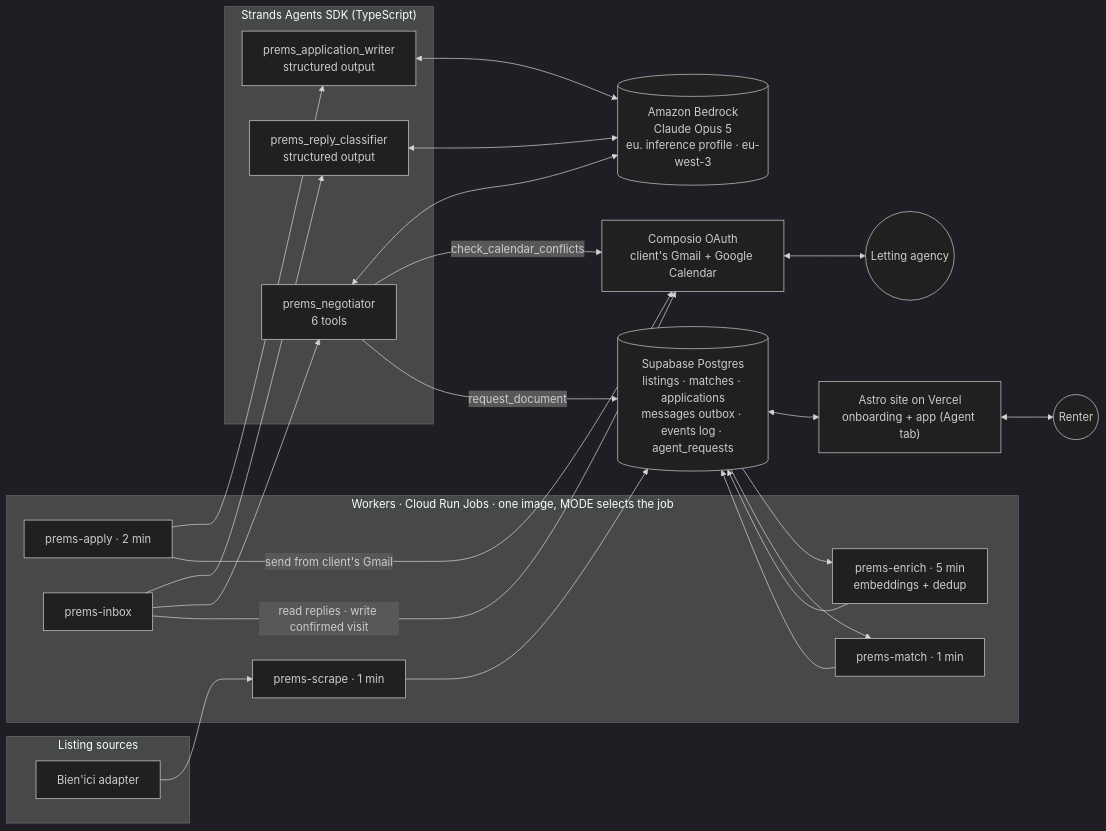
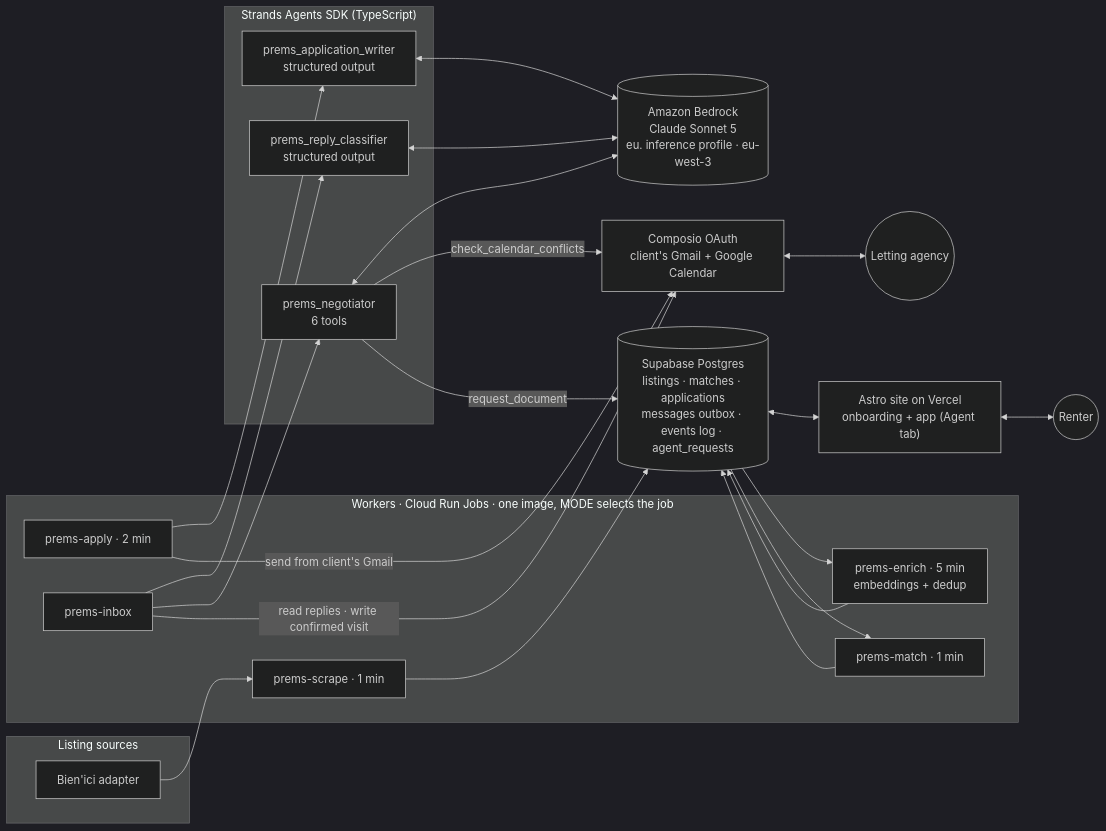
Before and after one commit to chessoren/prems-agent: the diagram in README.md, drawn with Mermaid (dark theme). The commit also changed other lines of this file and 10 other files, not shown here.

Commit message:
Run the agents on Claude Sonnet 5, the Claude model this Bedrock account can enable

````diff
--- a/README.md
+++ b/README.md
@@ -49,41 +49,41 @@
 ```mermaid
 flowchart LR
   subgraph SRC["Listing sources"]
     BI["Bien'ici adapter"]
   end
 
   subgraph RUN["Workers · Cloud Run Jobs · one image, MODE selects the job"]
     SCRAPE["prems-scrape · 1 min"]
     ENRICH["prems-enrich · 5 min<br/>embeddings + dedup"]
     MATCH["prems-match · 1 min"]
     APPLY["prems-apply · 2 min"]
     INBOX["prems-inbox"]
   end
 
   subgraph STRANDS["Strands Agents SDK (TypeScript)"]
     WRITER["prems_application_writer<br/>structured output"]
     CLASSIFIER["prems_reply_classifier<br/>structured output"]
     NEGOTIATOR["prems_negotiator<br/>6 tools"]
   end
 
-  BEDROCK[("Amazon Bedrock<br/>Claude Opus 5<br/>eu. inference profile · eu-west-3")]
+  BEDROCK[("Amazon Bedrock<br/>Claude Sonnet 5<br/>eu. inference profile · eu-west-3")]
   DB[("Supabase Postgres<br/>listings · matches · applications<br/>messages outbox · events log · agent_requests")]
   COMPOSIO["Composio OAuth<br/>client's Gmail + Google Calendar"]
   WEB["Astro site on Vercel<br/>onboarding + app (Agent tab)"]
   USER(("Renter"))
   AGENCY(("Letting agency"))
 
   BI --> SCRAPE --> DB
   DB --> ENRICH --> DB
   DB --> MATCH --> DB
   APPLY --> WRITER
   INBOX --> CLASSIFIER
   INBOX --> NEGOTIATOR
   WRITER & CLASSIFIER & NEGOTIATOR <--> BEDROCK
   NEGOTIATOR -- "check_calendar_conflicts" --> COMPOSIO
   NEGOTIATOR -- "request_document" --> DB
   APPLY -- "send from client's Gmail" --> COMPOSIO
   INBOX -- "read replies · write confirmed visit" --> COMPOSIO
   COMPOSIO <--> AGENCY
   DB <--> WEB <--> USER
 ```
````
